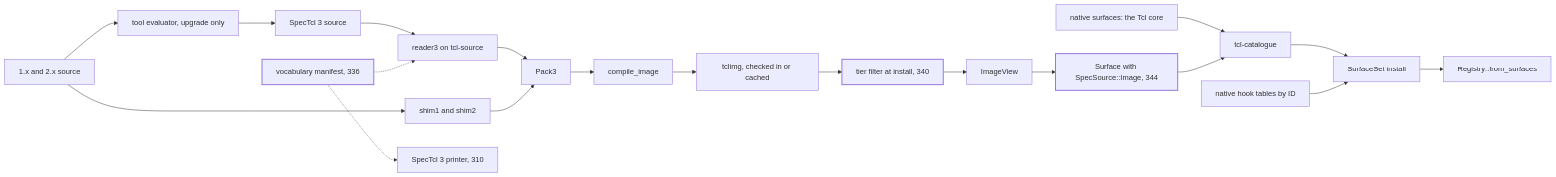
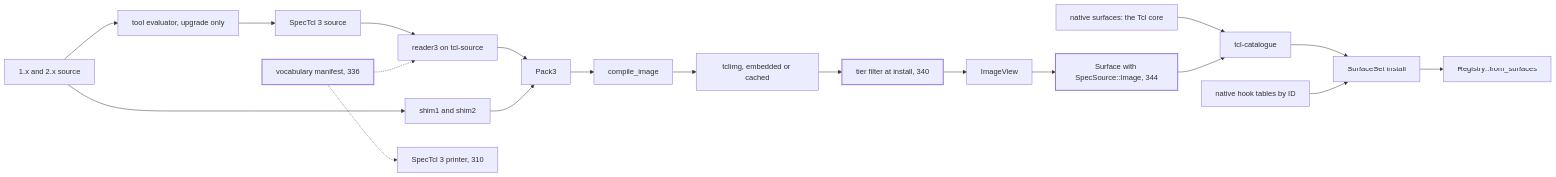
Before and after one commit to bitwisecook/tcl-lsp: the first of 2 diagrams in docs/design/registry/model/333-spectcl-3-gap-analysis.md, drawn with Mermaid. The commit also changed other lines of this file and 15 other files, not shown here.

````diff
--- a/docs/design/registry/model/333-spectcl-3-gap-analysis.md
+++ b/docs/design/registry/model/333-spectcl-3-gap-analysis.md
@@ -287,23 +287,23 @@
 ```mermaid
 flowchart LR
   src3["SpecTcl 3 source"] --> reader["reader3 on tcl-source"]
   src12["1.x and 2.x source"] --> shims["shim1 and shim2"]
   src12 --> toolEval["tool evaluator, upgrade only"]
   toolEval --> src3
   manifest["vocabulary manifest, 336"] -.-> reader
   manifest -.-> printer["SpecTcl 3 printer, 310"]
   reader --> pack3["Pack3"]
   shims --> pack3
   pack3 --> compile["compile_image"]
-  compile --> image["tclimg, checked in or cached"]
+  compile --> image["tclimg, embedded or cached"]
   image --> filter["tier filter at install, 340"]
   filter --> view["ImageView"]
   view --> surface["Surface with SpecSource::Image, 344"]
   native["native surfaces: the Tcl core"] --> catalogue["tcl-catalogue"]
   surface --> catalogue
   catalogue --> install["SurfaceSet install"]
   install --> registry["Registry::from_surfaces"]
   hookTables["native hook tables by ID"] --> install
   classDef new stroke-width:2px;
   class manifest,filter,surface new;
 ```
````
